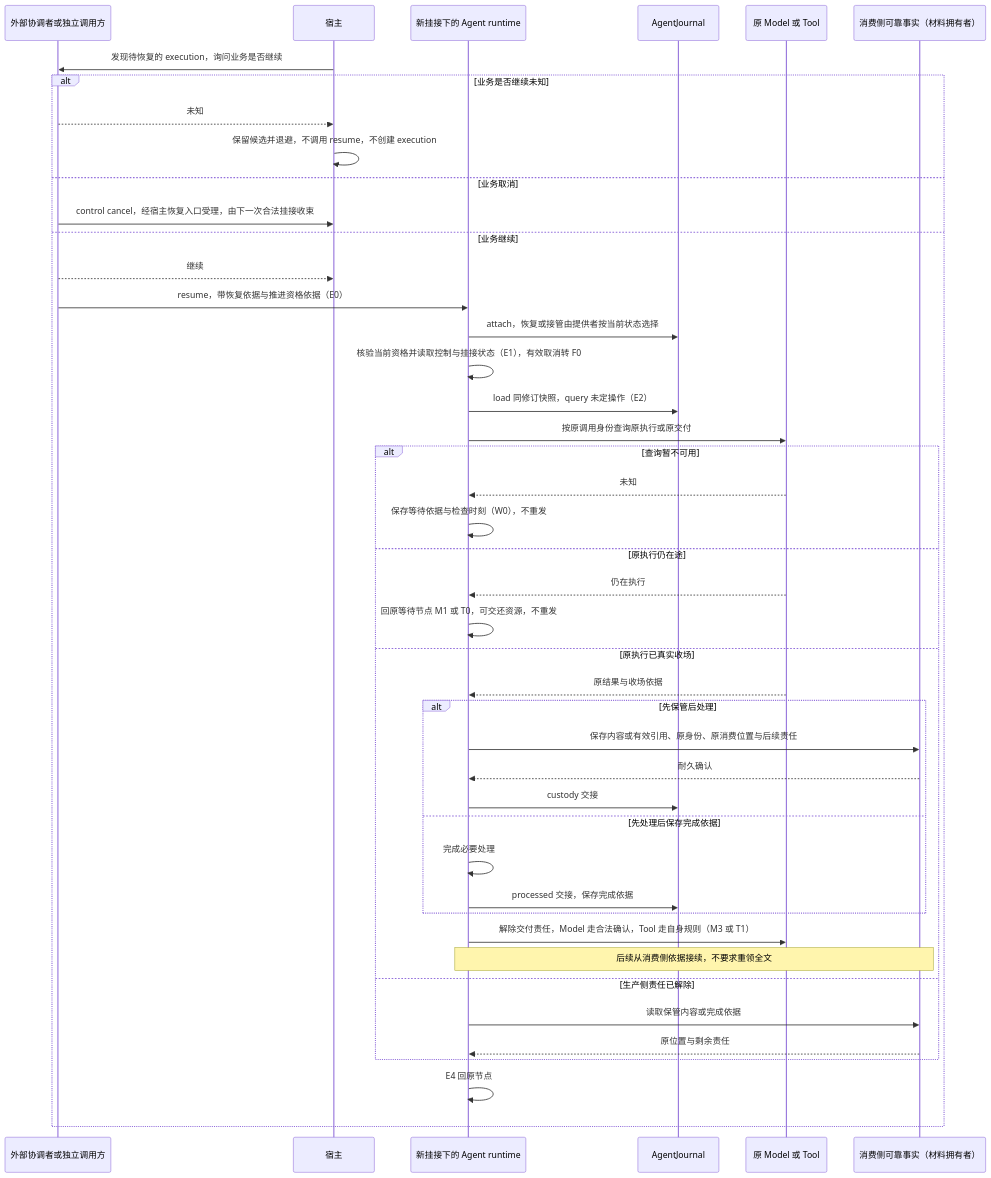
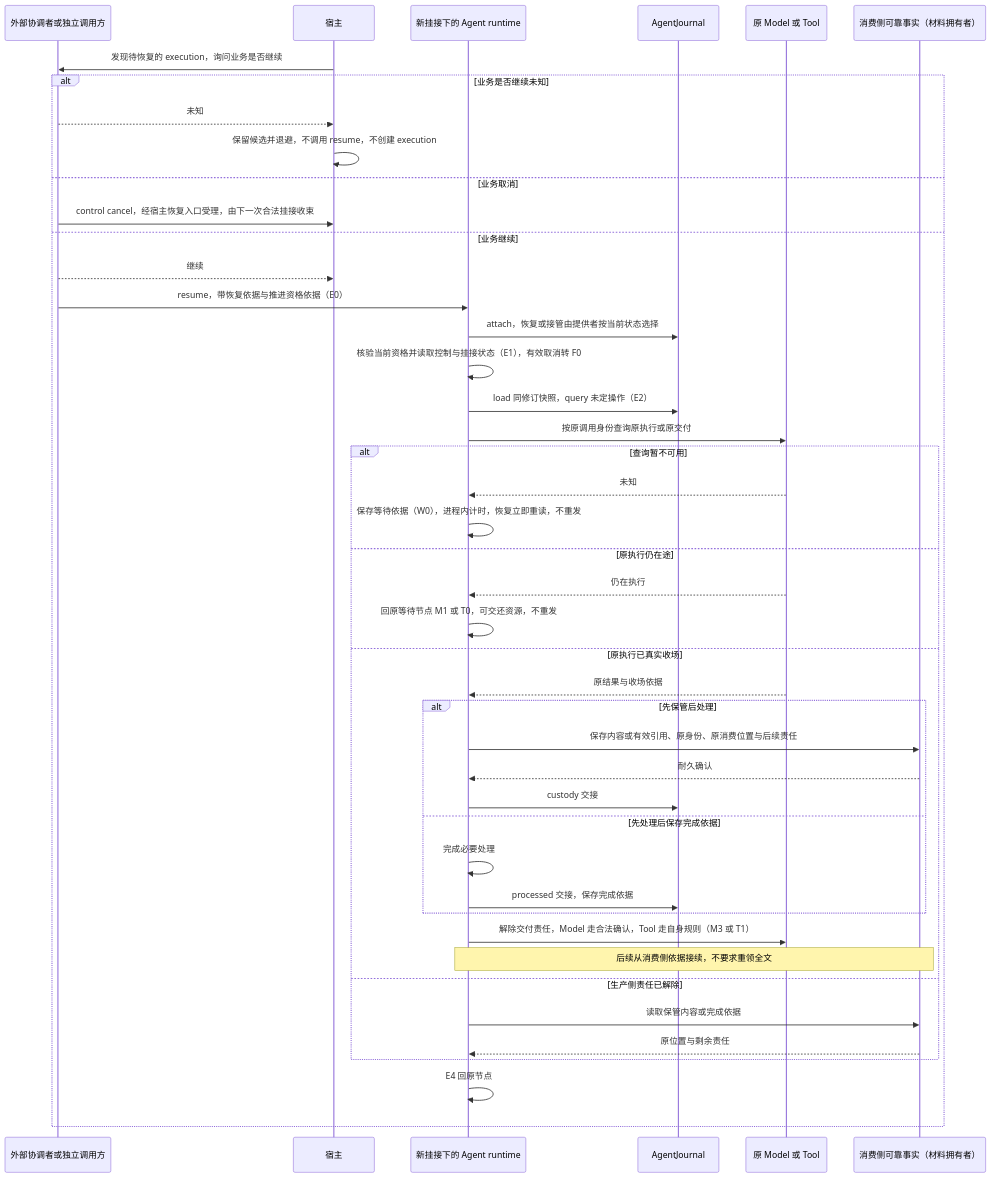
The sixth of 8 diagrams in packages/agent/agent-contract/docs/flows/scenarios.md (nemori-ai/omne-harness-lite), drawn with Mermaid before and after one commit. The commit also changed 26 other files, not shown here.

````diff
--- a/packages/agent/agent-contract/docs/flows/scenarios.md
+++ b/packages/agent/agent-contract/docs/flows/scenarios.md
@@ -210,46 +210,46 @@
 ```mermaid
 sequenceDiagram
     participant S as 外部协调者或独立调用方
     participant H as 宿主
     participant A as 新挂接下的 Agent runtime
     participant J as AgentJournal
     participant X as 原 Model 或 Tool
     participant D as 消费侧可靠事实（材料拥有者）
     H->>S: 发现待恢复的 execution，询问业务是否继续
     alt 业务是否继续未知
         S-->>H: 未知
         H->>H: 保留候选并退避，不调用 resume，不创建 execution
     else 业务取消
         S->>H: control cancel，经宿主恢复入口受理，由下一次合法挂接收束
     else 业务继续
         S-->>H: 继续
         S->>A: resume，带恢复依据与推进资格依据（E0）
         A->>J: attach，恢复或接管由提供者按当前状态选择
         A->>A: 核验当前资格并读取控制与挂接状态（E1），有效取消转 F0
         A->>J: load 同修订快照，query 未定操作（E2）
         A->>X: 按原调用身份查询原执行或原交付
         alt 查询暂不可用
             X-->>A: 未知
-            A->>A: 保存等待依据与检查时刻（W0），不重发
+            A->>A: 保存等待依据（W0），进程内计时，恢复立即重读，不重发
         else 原执行仍在途
             X-->>A: 仍在执行
             A->>A: 回原等待节点 M1 或 T0，可交还资源，不重发
         else 原执行已真实收场
             X-->>A: 原结果与收场依据
             alt 先保管后处理
                 A->>D: 保存内容或有效引用、原身份、原消费位置与后续责任
                 D-->>A: 耐久确认
                 A->>J: custody 交接
             else 先处理后保存完成依据
                 A->>A: 完成必要处理
                 A->>J: processed 交接，保存完成依据
             end
             A->>X: 解除交付责任，Model 走合法确认，Tool 走自身规则（M3 或 T1）
             Note over A,D: 后续从消费侧依据接续，不要求重领全文
         else 生产侧责任已解除
             A->>D: 读取保管内容或完成依据
             D-->>A: 原位置与剩余责任
         end
         A->>A: E4 回原节点
     end
 ```
````
